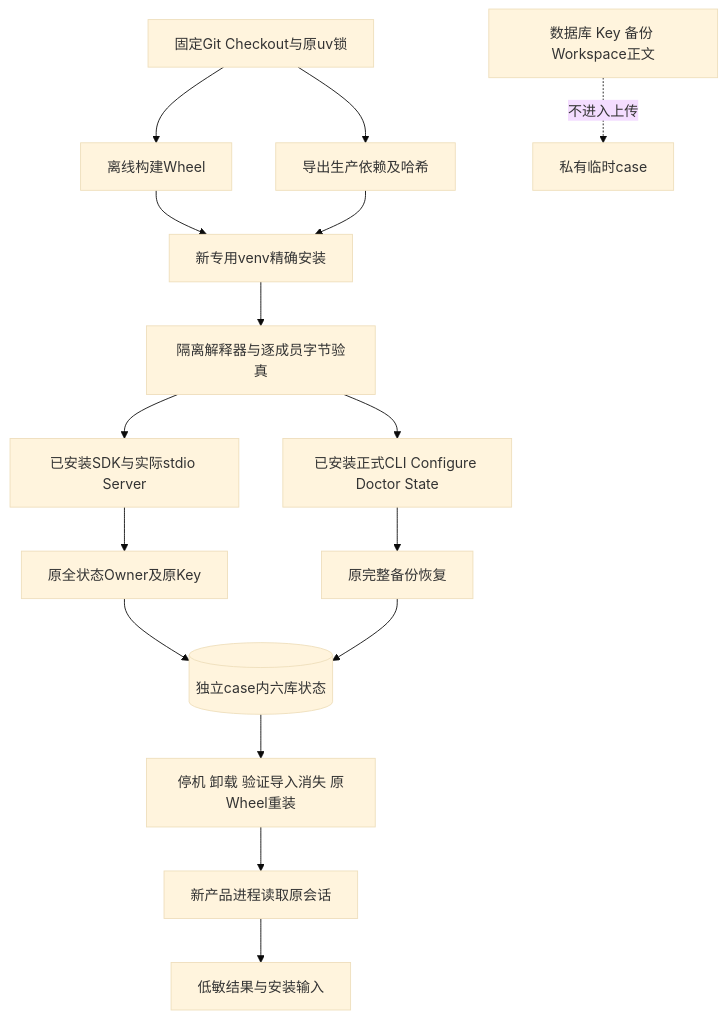
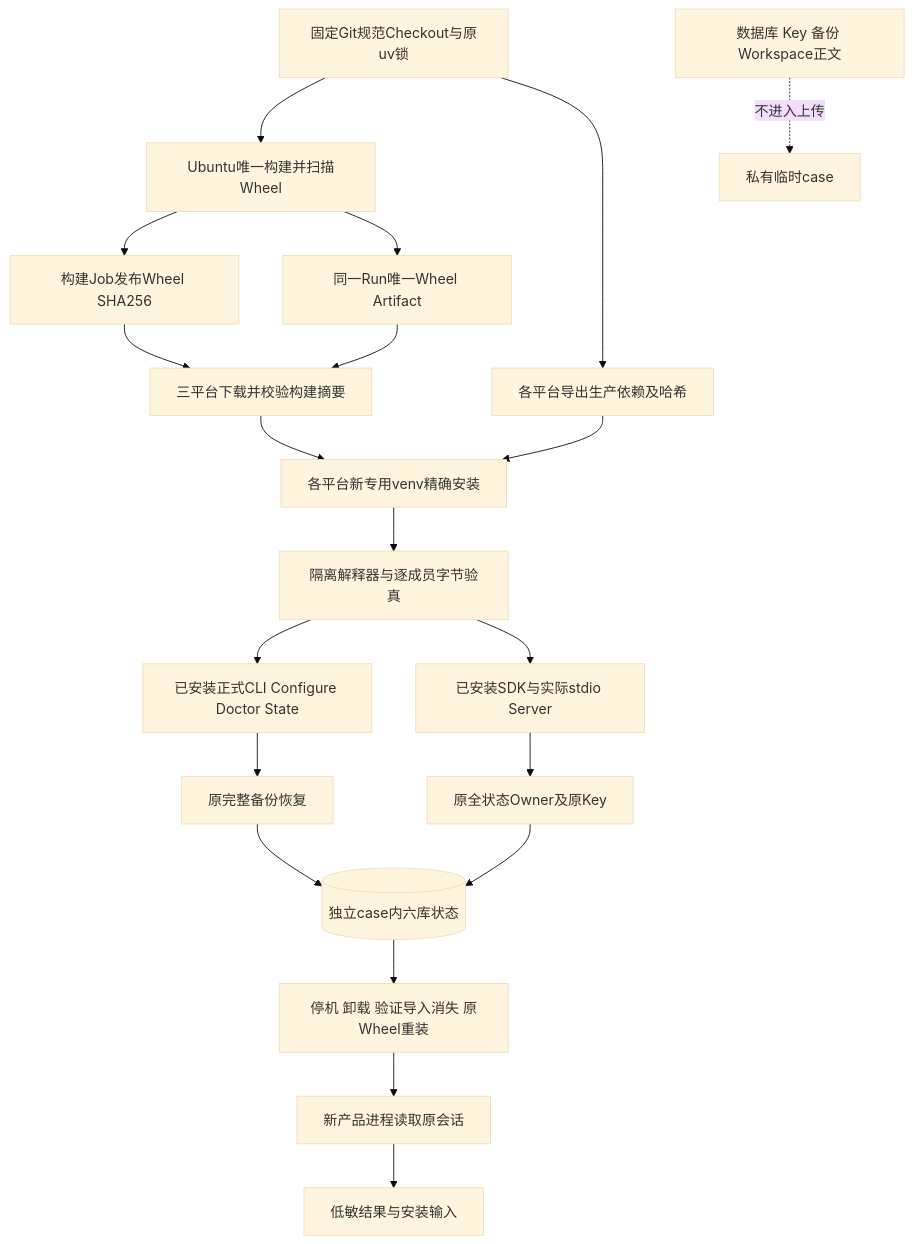
The first of 2 diagrams in docs/changes/m09-r4-installed-product-acceptance.md (carrie1988/Harnessix), drawn with Mermaid (base theme) before and after one commit. The commit also changed other lines of this file and 3 other files, not shown here.

````diff
--- a/docs/changes/m09-r4-installed-product-acceptance.md
+++ b/docs/changes/m09-r4-installed-product-acceptance.md
@@ -48,18 +53,22 @@
 ```mermaid
 flowchart TD
-    Checkout[固定Git Checkout与原uv锁] --> Build[离线构建Wheel]
-    Checkout --> Export[导出生产依赖及哈希]
-    Build --> Install[新专用venv精确安装]
+    Checkout[固定Git规范Checkout与原uv锁] --> Build[Ubuntu唯一构建并扫描Wheel]
+    Build --> Identity[构建Job发布Wheel SHA256]
+    Build --> Artifact[同一Run唯一Wheel Artifact]
+    Artifact --> Check[三平台下载并校验构建摘要]
+    Identity --> Check
+    Checkout --> Export[各平台导出生产依赖及哈希]
+    Check --> Install[各平台新专用venv精确安装]
     Export --> Install
     Install --> Gate[隔离解释器与逐成员字节验真]
     Gate --> CLI[已安装正式CLI Configure Doctor State]
     Gate --> SDK[已安装SDK与实际stdio Server]
     SDK --> Owner[原全状态Owner及原Key]
     Owner --> State[(独立case内六库状态)]
     CLI --> Backup[原完整备份恢复]
     Backup --> State
     State --> Lifecycle[停机 卸载 验证导入消失 原Wheel重装]
     Lifecycle --> Reopen[新产品进程读取原会话]
     Reopen --> Result[低敏结果与安装输入]
     Private[数据库 Key 备份 Workspace正文] -. 不进入上传 .-> Boundary[私有临时case]
 ```
````
